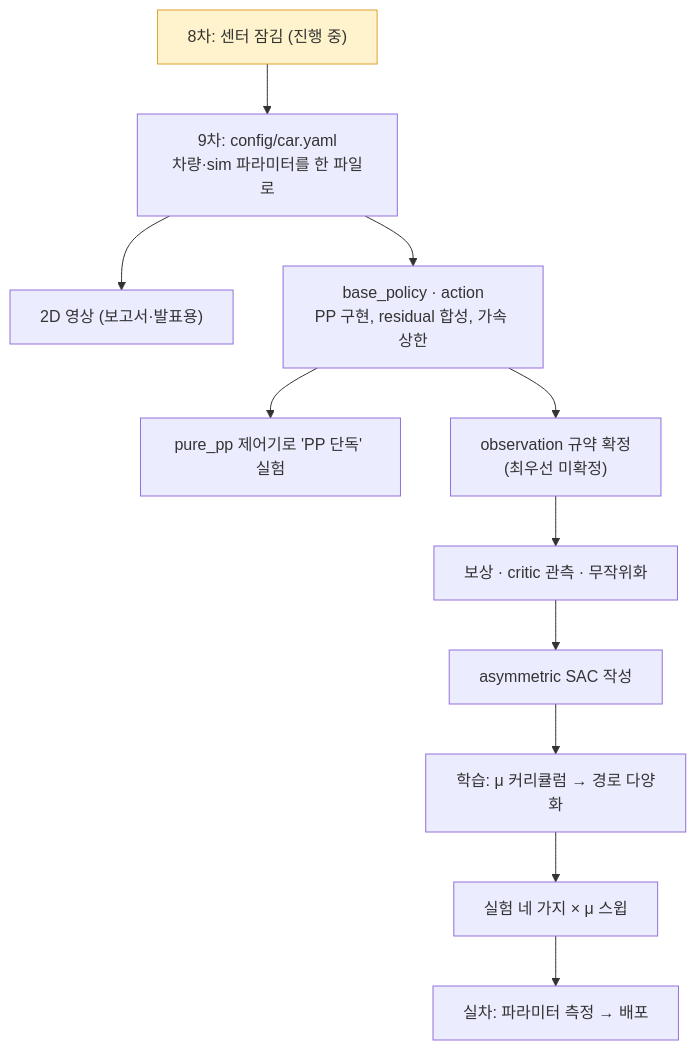
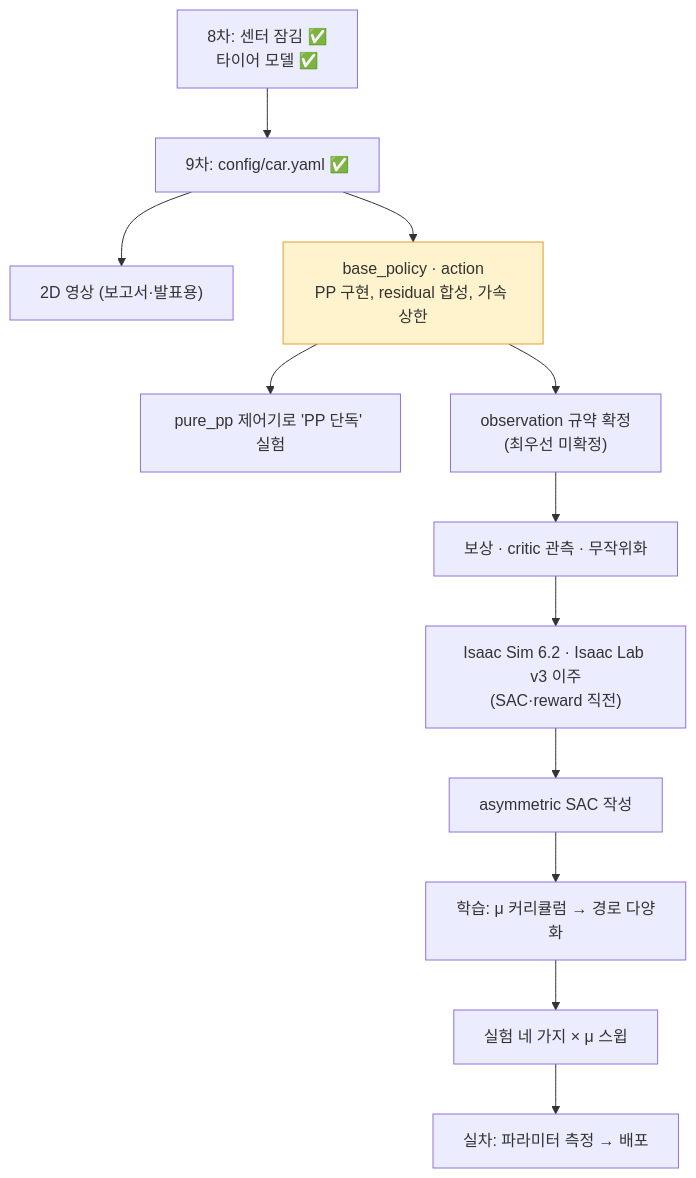
The seventh of 7 diagrams in MOC/프로젝트 한눈에.md (nhg0209/CLAUDE), drawn with Mermaid before and after one commit. The commit also changed other lines of this file and 1 other file, not shown here.

First line of the commit message:
car.yaml 2단계 완료 기록, 프로젝트 한눈에 현황 갱신(8·9차, 실측 보류·sim 보고서 결정)

````diff
--- a/MOC/프로젝트 한눈에.md
+++ b/MOC/프로젝트 한눈에.md
@@ -444,14 +448,15 @@
 ```mermaid
 flowchart TD
-    N8["8차: 센터 잠김 (진행 중)"] --> N9["9차: config/car.yaml<br/>차량·sim 파라미터를 한 파일로"]
+    N8["8차: 센터 잠김 ✅<br/>타이어 모델 ✅"] --> N9["9차: config/car.yaml ✅"]
     N9 --> V2["2D 영상 (보고서·발표용)"]
     N9 --> BP["base_policy · action<br/>PP 구현, residual 합성, 가속 상한"]
     BP --> PPD["pure_pp 제어기로 'PP 단독' 실험"]
     BP --> OBS["observation 규약 확정<br/>(최우선 미확정)"]
     OBS --> RW["보상 · critic 관측 · 무작위화"]
-    RW --> SAC["asymmetric SAC 작성"]
+    RW --> MIG["Isaac Sim 6.2 · Isaac Lab v3 이주<br/>(SAC·reward 직전)"]
+    MIG --> SAC["asymmetric SAC 작성"]
     SAC --> TR["학습: μ 커리큘럼 → 경로 다양화"]
     TR --> EXP["실험 네 가지 × μ 스윕"]
     EXP --> REAL["실차: 파라미터 측정 → 배포"]
-    style N8 fill:#fff3cd,stroke:#e0a030
+    style BP fill:#fff3cd,stroke:#e0a030
 ```
````
